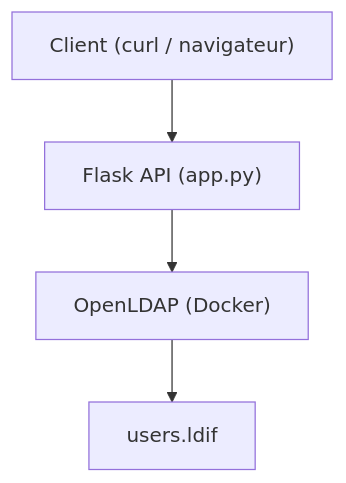
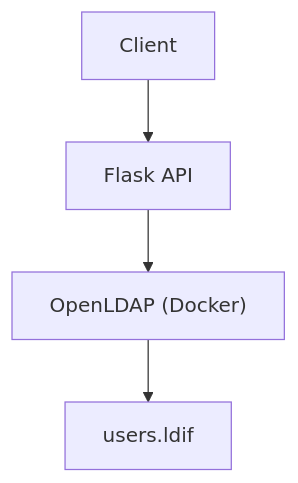
The diagram in README.md (laize-loucia/AccessChecker), drawn with Mermaid before and after one commit.

````diff
--- a/README.md
+++ b/README.md
@@ -25,12 +25,12 @@
 ```mermaid
 
 flowchart TD
-    Client["Client (curl / navigateur)"]
-    Flask["Flask API (app.py)"]
+    Client["Client"]
+    Flask["Flask API"]
     LDAP["OpenLDAP (Docker)"]
     LDIF["users.ldif"]
 
     Client --> Flask
     Flask --> LDAP
     LDAP --> LDIF
 ```
````
